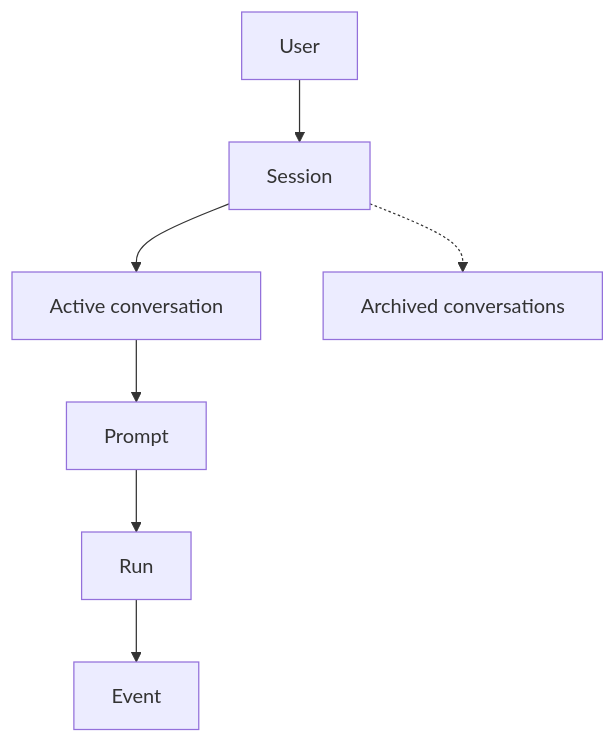
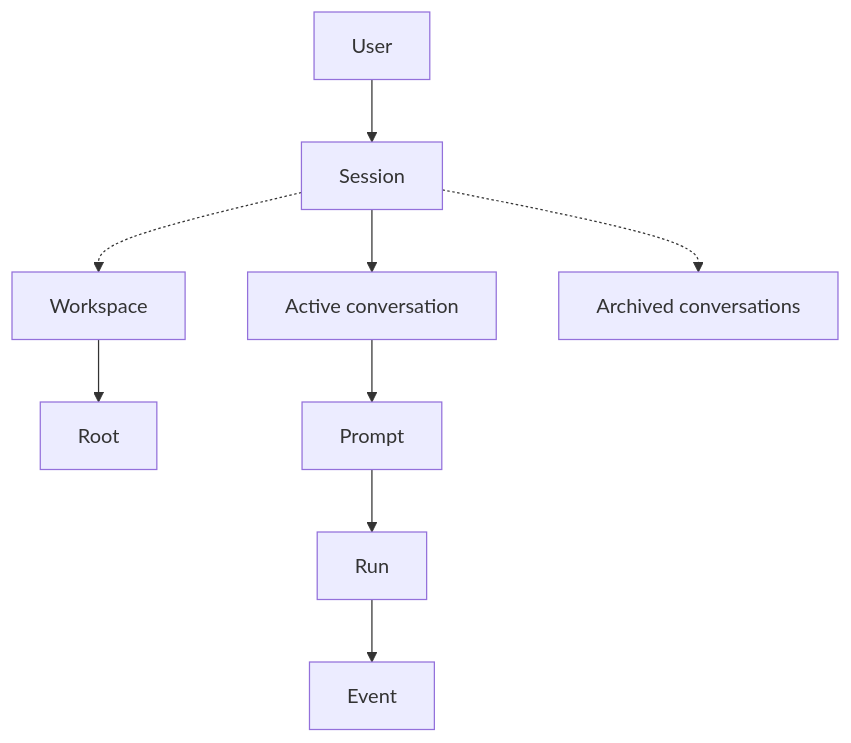
Before and after one commit to Mikode13/harness-api: the diagram in docs/glossary.md, drawn with Mermaid. The commit also changed other lines of this file and 1 other file, not shown here.

First line of the commit message:
docs: tell a workspace from a worktree, and give a conversation its runs

````diff
--- a/docs/glossary.md
+++ b/docs/glossary.md
@@ -9,9 +9,11 @@
 ```mermaid
 flowchart TD
     user[User] --> session[Session]
+    session -.-> workspace[Workspace]
+    workspace --> root[Root]
     session --> active[Active conversation]
     session -.-> archived[Archived conversations]
     active --> prompt[Prompt]
     prompt --> run[Run]
     run --> event[Event]
 ```
````
